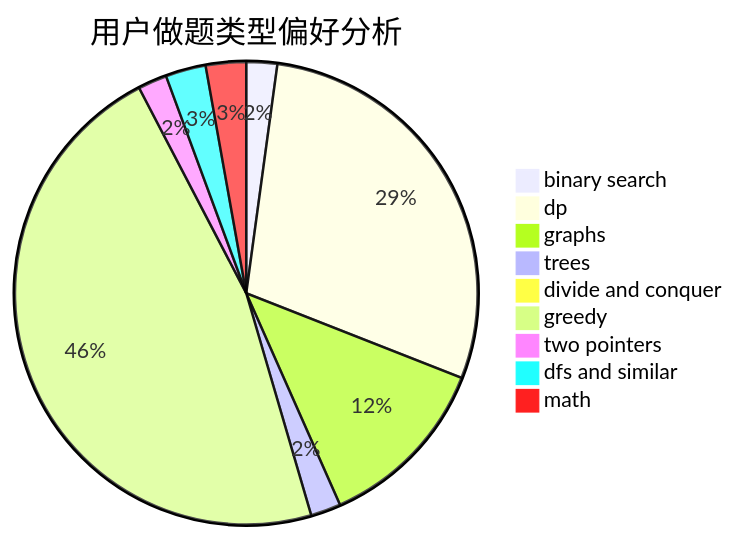
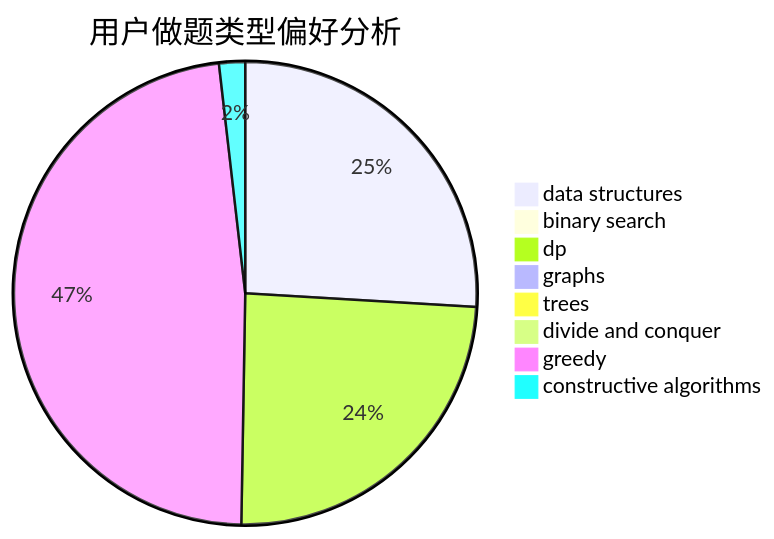
One commit to sherpahu/cfrs.github.io changed the second of 3 diagrams in docs/user/u1690.md. Above: the diagram before and after it, drawn with Mermaid. The commit also changed other lines of this file and 2775 other files, not shown here.

````diff
--- a/docs/user/u1690.md
+++ b/docs/user/u1690.md
@@ -23,12 +23,11 @@
 ```mermaid
 pie title 用户做题类型偏好分析
-    "binary search" :  49
-    "dp" :  655
-    "graphs" :  282
-    "trees" :  48
-    "divide and conquer" :  19
-    "greedy" :  1066
-    "two pointers" :  46
-    "dfs and similar" :  64
-    "math" :  64
+    "data structures" :  385
+    "binary search" :  12
+    "dp" :  361
+    "graphs" :  10
+    "trees" :  7
+    "divide and conquer" :  0
+    "greedy" :  711
+    "constructive algorithms" :  27
 ```
````
